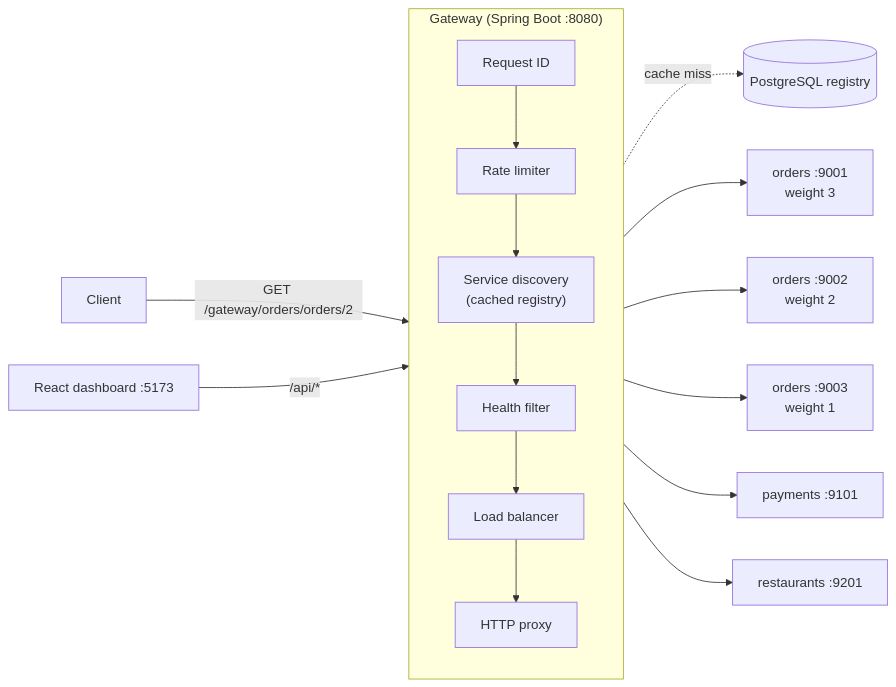
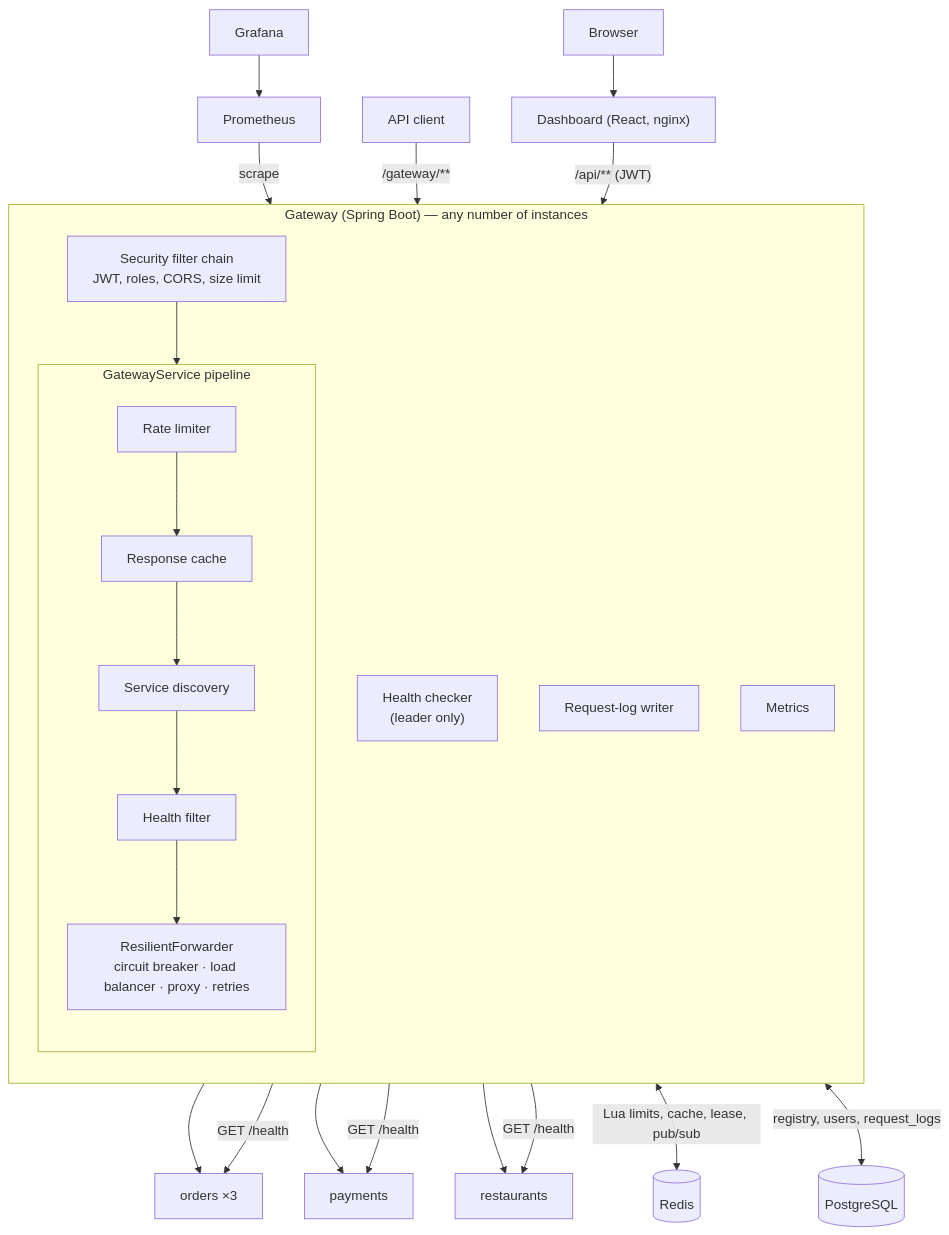
Before and after one commit to smartcharan12/smart-api-traffic-platfore: the first of 3 diagrams in README.md, drawn with Mermaid. The commit also changed other lines of this file and 6 other files, not shown here.

````diff
--- a/README.md
+++ b/README.md
@@ -82,15 +118,27 @@
 ```mermaid
-flowchart LR
-    Client -->|"GET /gateway/orders/orders/2"| GW
-    subgraph GW["Gateway (Spring Boot :8080)"]
+flowchart TD
+    Client["API client"] -->|"/gateway/**"| GW
+    Browser["Browser"] --> FE["Dashboard (React, nginx)"]
+    FE -->|"/api/** (JWT)"| GW
+
+    subgraph GW["Gateway (Spring Boot) — any number of instances"]
         direction TB
-        RID["Request ID"] --> RL["Rate limiter"] --> SD["Service discovery<br/>(cached registry)"] --> HF["Health filter"] --> LB["Load balancer"] --> PX["HTTP proxy"]
+        SEC["Security filter chain<br/>JWT, roles, CORS, size limit"] --> PIPE
+        subgraph PIPE["GatewayService pipeline"]
+            direction TB
+            RL["Rate limiter"] --> RC["Response cache"] --> SD["Service discovery"] --> HF["Health filter"] --> RF["ResilientForwarder<br/>circuit breaker · load balancer · proxy · retries"]
+        end
+        HC["Health checker<br/>(leader only)"]
+        LOGW["Request-log writer"]
+        MET["Metrics"]
     end
-    SD -.->|"cache miss"| PG[("PostgreSQL registry")]
-    PX --> O1["orders :9001<br/>weight 3"]
-    PX --> O2["orders :9002<br/>weight 2"]
-    PX --> O3["orders :9003<br/>weight 1"]
-    PX --> PAY["payments :9101"]
-    PX --> RES["restaurants :9201"]
-    Dash["React dashboard :5173"] -->|"/api/*"| GW
+
+    RF --> A["orders ×3"]
+    RF --> B["payments"]
+    RF --> C["restaurants"]
+    HC -->|"GET /health"| A & B & C
+    GW <-->|"Lua limits, cache, lease, pub/sub"| REDIS[("Redis")]
+    GW <-->|"registry, users, request_logs"| PG[("PostgreSQL")]
+    PROM["Prometheus"] -->|"scrape"| MET
+    GRAF["Grafana"] --> PROM
 ```
````
